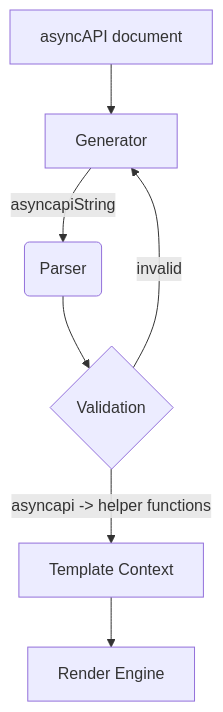
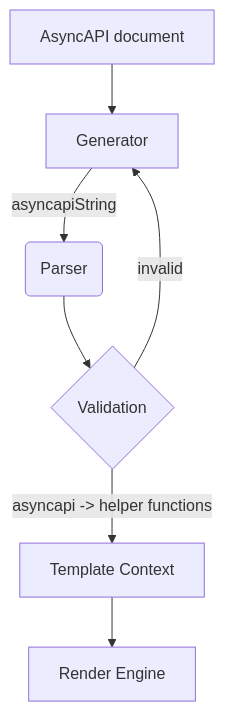
One commit to asyncapi/generator changed the diagram in docs/parser.md. Above: the diagram before and after it, drawn with Mermaid. The commit also changed other lines of this file, not shown here.

Commit message:
fixes in the diagram and steps

````diff
--- a/docs/parser.md
+++ b/docs/parser.md
@@ -83,9 +83,9 @@
 ```mermaid
 graph TD
-    A[asyncAPI document] --> B
+    A[AsyncAPI document] --> B
     B[Generator] -->|asyncapiString| C(Parser)
     C --> D{Validation}
     D -->|invalid| B
     D -->|asyncapi -> helper functions| E[Template Context]
     E --> F[Render Engine]
 ```
````
